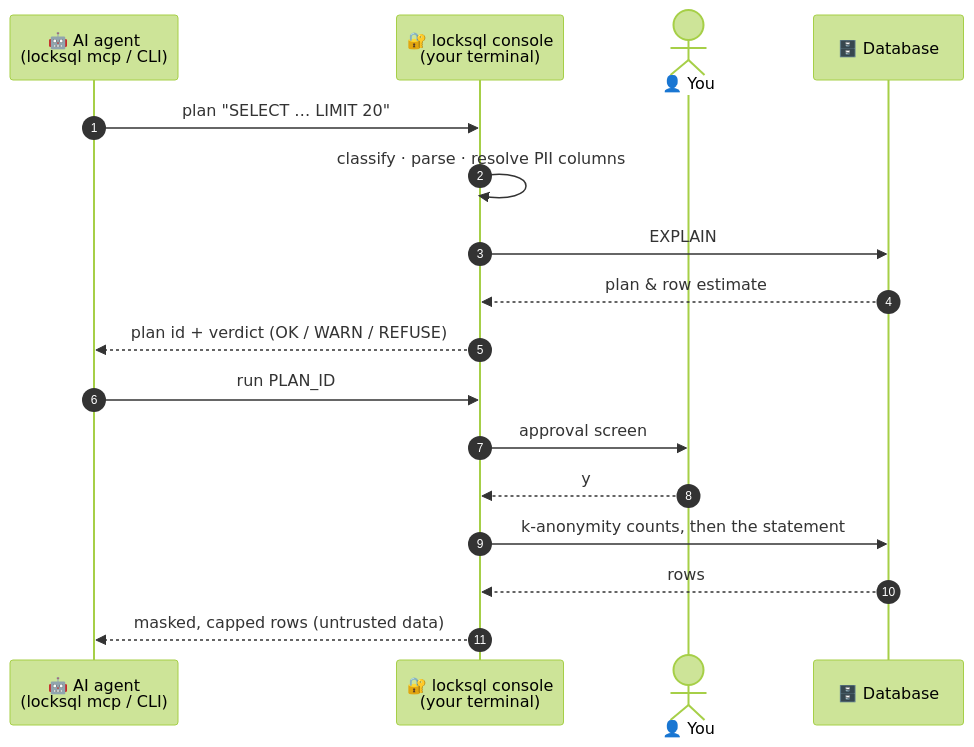
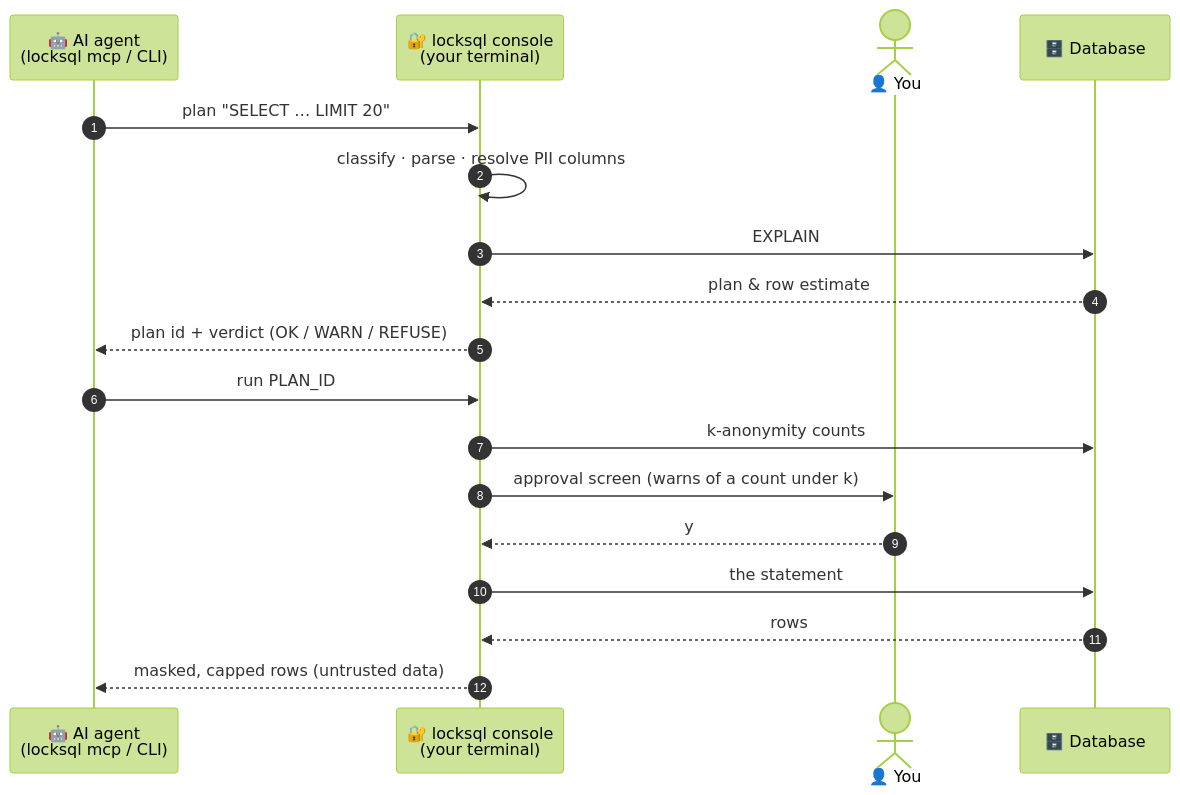
One commit to DavidGodefroid/locksql changed the diagram in README.md. Above: the diagram before and after it, drawn with Mermaid (forest theme). The commit also changed other lines of this file and 25 other files, not shown here.

````diff
--- a/README.md
+++ b/README.md
@@ -194,19 +194,20 @@
 ```mermaid
 sequenceDiagram
     autonumber
     participant A as 🤖 AI agent<br/>(locksql mcp / CLI)
     participant C as 🔐 locksql console<br/>(your terminal)
     actor H as 👤 You
     participant D as 🗄️ Database
     A->>C: plan "SELECT … LIMIT 20"
     C->>C: classify · parse · resolve PII columns
     C->>D: EXPLAIN
     D-->>C: plan & row estimate
     C-->>A: plan id + verdict (OK / WARN / REFUSE)
     A->>C: run PLAN_ID
-    C->>H: approval screen
+    C->>D: k-anonymity counts
+    C->>H: approval screen (warns of a count under k)
     H-->>C: y
-    C->>D: k-anonymity counts, then the statement
+    C->>D: the statement
     D-->>C: rows
     C-->>A: masked, capped rows (untrusted data)
 ```
````
